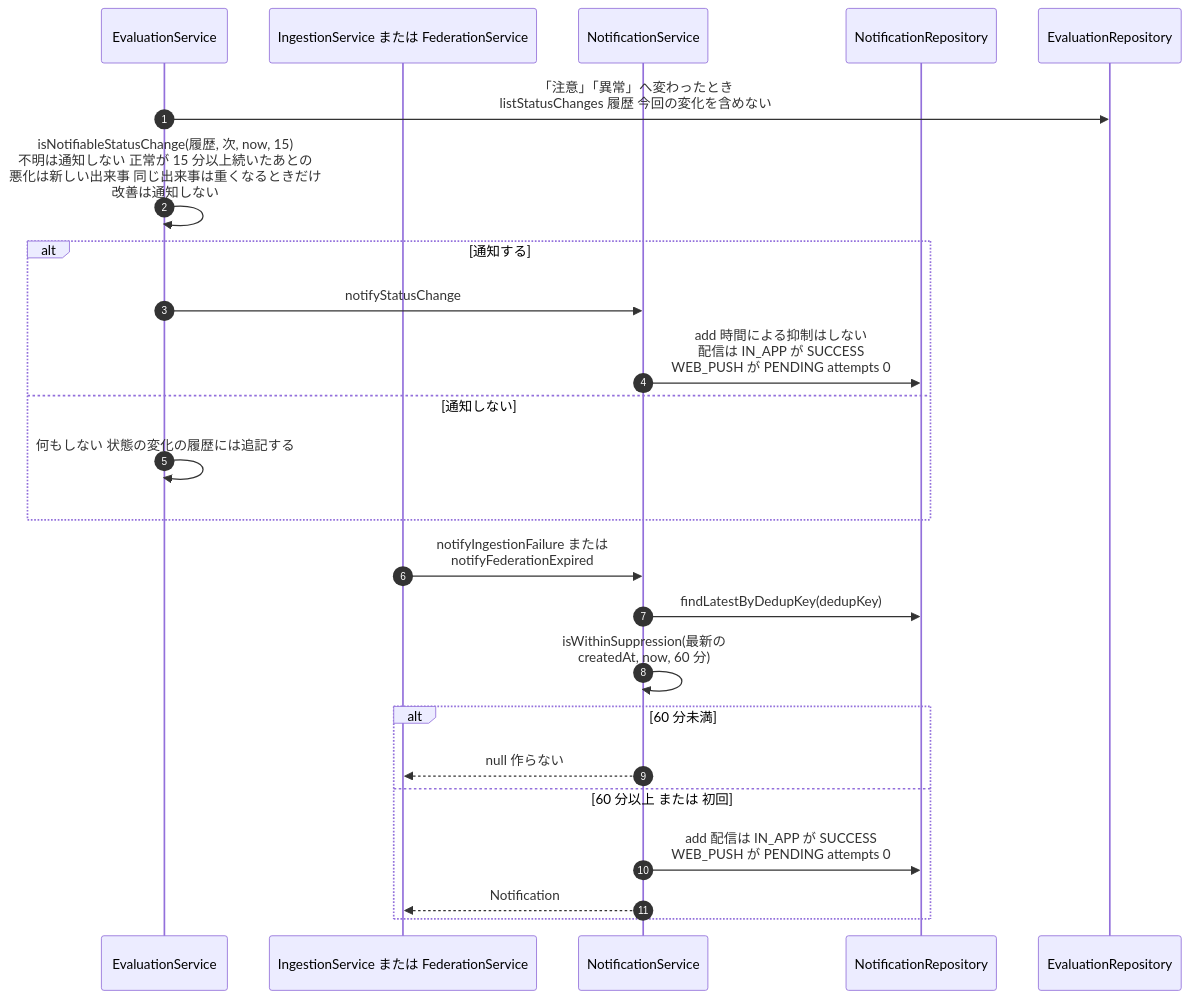
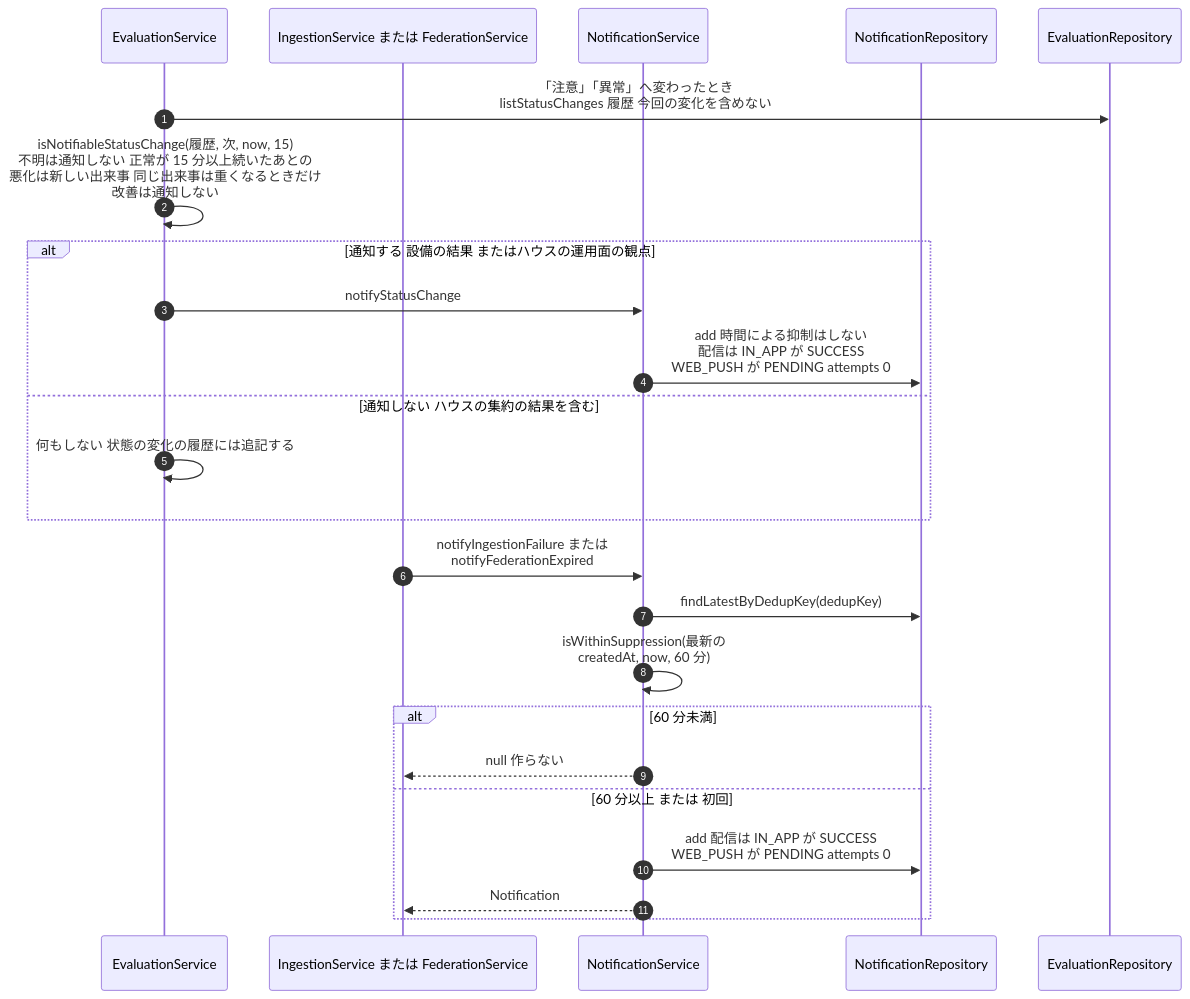
One commit to NS-APU/smart-farm-monitoring changed diagram 24 of 47 in docs/10_design/architecture/as-built.md. Above: the diagram before and after it, drawn with Mermaid. The commit also changed other lines of this file and 9 other files, not shown here.

````diff
--- a/docs/10_design/architecture/as-built.md
+++ b/docs/10_design/architecture/as-built.md
@@ -1686,27 +1686,27 @@
 ```mermaid
 sequenceDiagram
   autonumber
   participant EV as EvaluationService
   participant ING as IngestionService または FederationService
   participant NS as NotificationService
   participant NR as NotificationRepository
   participant ER as EvaluationRepository
 
   EV->>ER: 「注意」「異常」へ変わったとき<br>listStatusChanges 履歴 今回の変化を含めない
   EV->>EV: isNotifiableStatusChange(履歴, 次, now, 15)<br>不明は通知しない 正常が 15 分以上続いたあとの<br>悪化は新しい出来事 同じ出来事は重くなるときだけ<br>改善は通知しない
-  alt 通知する
+  alt 通知する 設備の結果 またはハウスの運用面の観点
     EV->>NS: notifyStatusChange
     NS->>NR: add 時間による抑制はしない<br>配信は IN_APP が SUCCESS<br>WEB_PUSH が PENDING attempts 0
-  else 通知しない
+  else 通知しない ハウスの集約の結果を含む
     EV->>EV: 何もしない 状態の変化の履歴には追記する
   end
   ING->>NS: notifyIngestionFailure または<br>notifyFederationExpired
   NS->>NR: findLatestByDedupKey(dedupKey)
   NS->>NS: isWithinSuppression(最新の<br>createdAt, now, 60 分)
   alt 60 分未満
     NS-->>ING: null 作らない
   else 60 分以上 または 初回
     NS->>NR: add 配信は IN_APP が SUCCESS<br>WEB_PUSH が PENDING attempts 0
     NS-->>ING: Notification
   end
 ```
````
